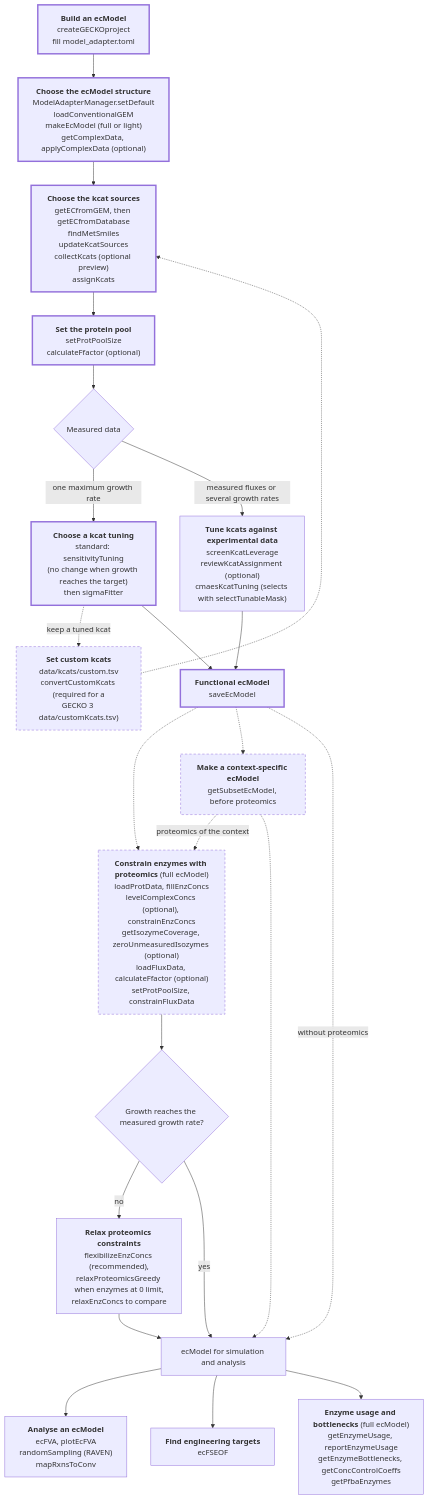
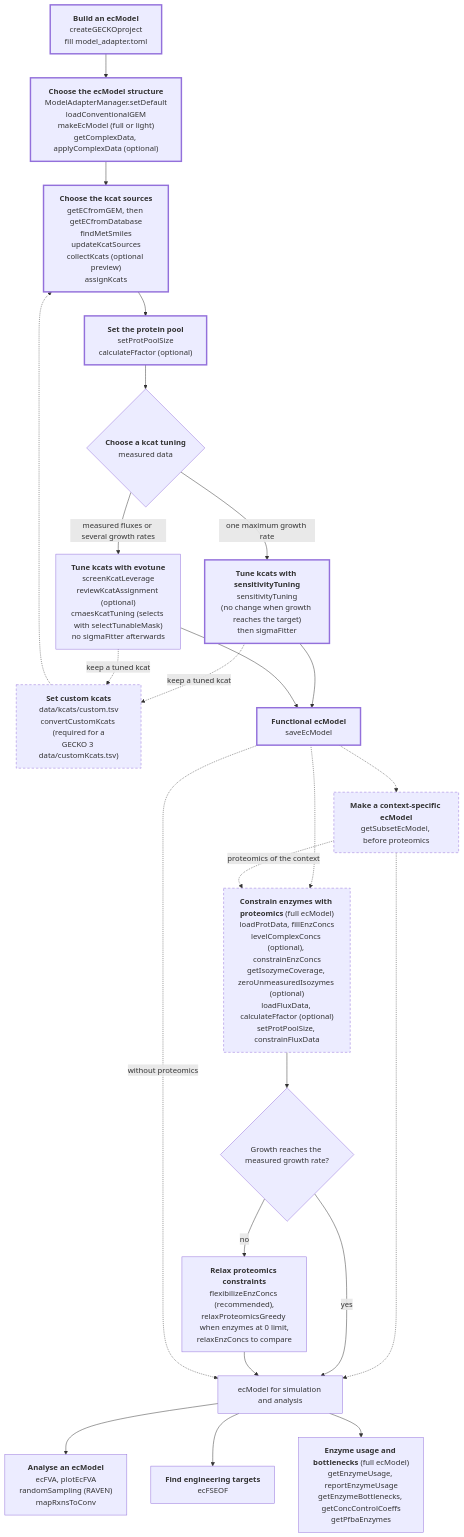
The first of 2 diagrams in docs/guide/workflow.md (CompMetEng/gecko-docs), drawn with Mermaid before and after one commit. The commit also changed other lines of this file and 12 other files, not shown here.

First line of the commit message:
doc: give each kcat tuning its own page

````diff
--- a/docs/guide/workflow.md
+++ b/docs/guide/workflow.md
@@ -15,57 +15,59 @@
 ```{mermaid}
 :config: {"flowchart": {"useMaxWidth": false}}
 
 flowchart TB
   classDef quick stroke-width:3px
   classDef opt stroke-dasharray: 5 4
   P["<b>Build an ecModel</b><br/>createGECKOproject<br/>fill model_adapter.toml"]:::quick
   S["<b>Choose the ecModel structure</b><br/>ModelAdapterManager.setDefault<br/>loadConventionalGEM<br/>makeEcModel (full or light)<br/>getComplexData, applyComplexData (optional)"]:::quick
   K["<b>Choose the kcat sources</b><br/>getECfromGEM, then getECfromDatabase<br/>findMetSmiles<br/>updateKcatSources<br/>collectKcats (optional preview)<br/>assignKcats"]:::quick
   C["<b>Set custom kcats</b><br/>data/kcats/custom.tsv<br/>convertCustomKcats (required for a<br/>GECKO 3 data/customKcats.tsv)"]:::opt
   PP["<b>Set the protein pool</b><br/>setProtPoolSize<br/>calculateFfactor (optional)"]:::quick
-  G{"Measured data"}
-  T["<b>Choose a kcat tuning</b><br/>standard: sensitivityTuning<br/>(no change when growth reaches the target)<br/>then sigmaFitter"]:::quick
-  A["<b>Tune kcats against experimental data</b><br/>screenKcatLeverage<br/>reviewKcatAssignment (optional)<br/>cmaesKcatTuning (selects with selectTunableMask)"]
+  G{"<b>Choose a kcat tuning</b><br/>measured data"}
+  T["<b>Tune kcats with sensitivityTuning</b><br/>sensitivityTuning<br/>(no change when growth reaches the target)<br/>then sigmaFitter"]:::quick
+  A["<b>Tune kcats with evotune</b><br/>screenKcatLeverage<br/>reviewKcatAssignment (optional)<br/>cmaesKcatTuning (selects with selectTunableMask)<br/>no sigmaFitter afterwards"]
   F["<b>Functional ecModel</b><br/>saveEcModel"]:::quick
   P --> S --> K --> PP --> G
   C -.-> K
   T -.->|keep a tuned kcat| C
+  A -.->|keep a tuned kcat| C
   G -->|one maximum growth rate| T
   G -->|measured fluxes or several growth rates| A
   T --> F
   A --> F
   PR["<b>Constrain enzymes with proteomics</b> (full ecModel)<br/>loadProtData, fillEnzConcs<br/>levelComplexConcs (optional), constrainEnzConcs<br/>getIsozymeCoverage, zeroUnmeasuredIsozymes (optional)<br/>loadFluxData, calculateFfactor (optional)<br/>setProtPoolSize, constrainFluxData"]:::opt
   F -.-> PR
   F -.-> CX
   CX -.->|proteomics of the context| PR
   CX -.-> RD
   RL{"Growth reaches the measured growth rate?"}
   PR --> RL
   RX["<b>Relax proteomics constraints</b><br/>flexibilizeEnzConcs (recommended),<br/>relaxProteomicsGreedy when enzymes at 0 limit,<br/>relaxEnzConcs to compare"]
   RL -->|no| RX
   RD["ecModel for simulation and analysis"]
   RL -->|yes| RD
   RX --> RD
   F -.->|without proteomics| RD
   AN["<b>Analyse an ecModel</b><br/>ecFVA, plotEcFVA<br/>randomSampling (RAVEN)<br/>mapRxnsToConv"]
   EN["<b>Find engineering targets</b><br/>ecFSEOF"]
   CX["<b>Make a context-specific ecModel</b><br/>getSubsetEcModel, before proteomics"]:::opt
   EU["<b>Enzyme usage and bottlenecks</b> (full ecModel)<br/>getEnzymeUsage, reportEnzymeUsage<br/>getEnzymeBottlenecks, getConcControlCoeffs<br/>getPfbaEnzymes"]
   RD --> AN
   RD --> EN
   RD --> EU
   click P href "first-ecmodel.html"
   click S href "ecmodel-structure.html"
   click K href "kcat-sources.html"
   click C href "custom-kcats.html"
   click PP href "protein-pool.html"
-  click T href "kcat-tuning.html"
-  click A href "advanced-tuning.html"
+  click G href "kcat-tuning.html"
+  click T href "standard-tuning.html"
+  click A href "evotune.html"
   click F href "first-ecmodel.html"
   click PR href "proteomics.html"
   click RX href "relaxing-proteomics.html"
   click AN href "analysis.html"
   click EN href "engineering-targets.html"
   click CX href "context-ecmodel.html"
   click EU href "enzyme-usage.html"
 ```
````
